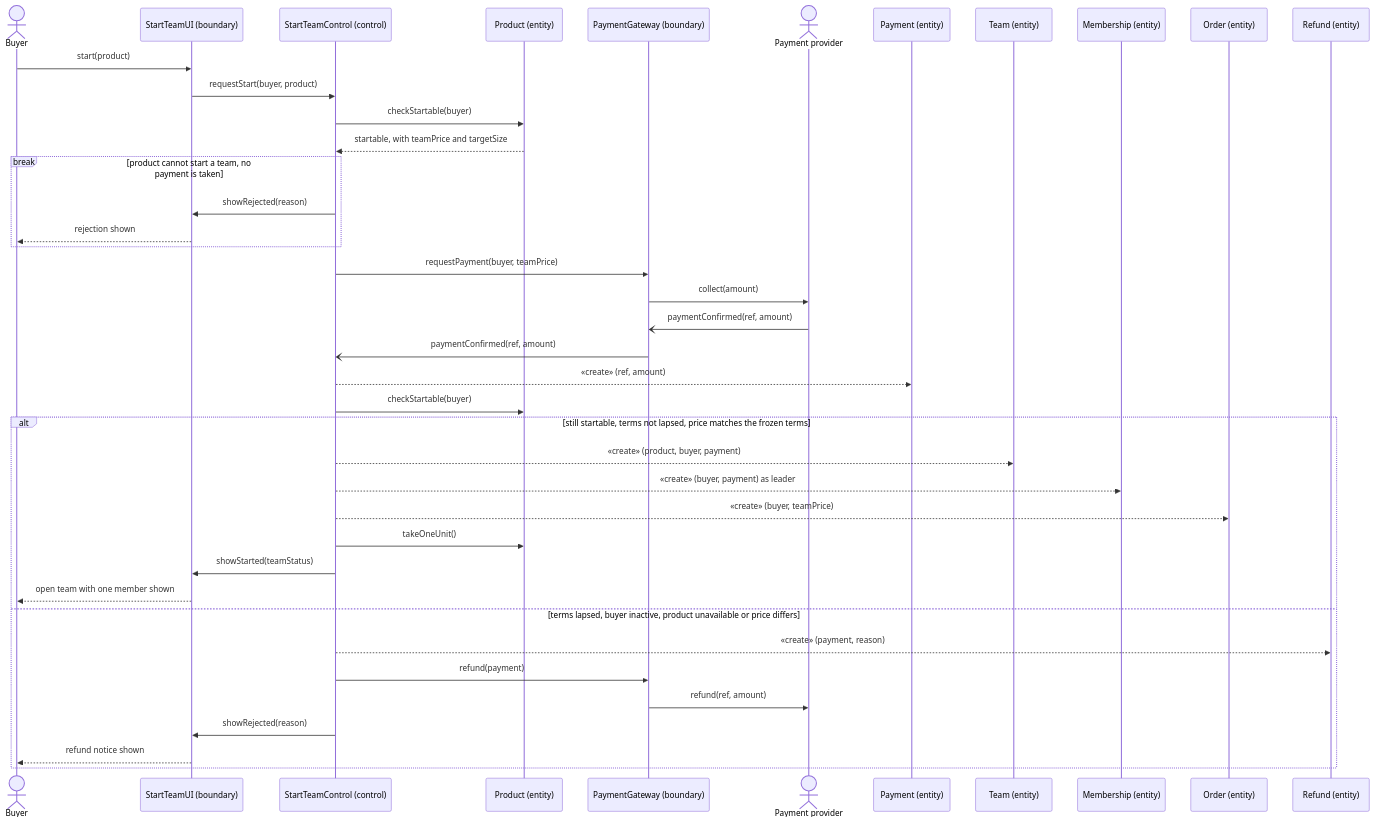
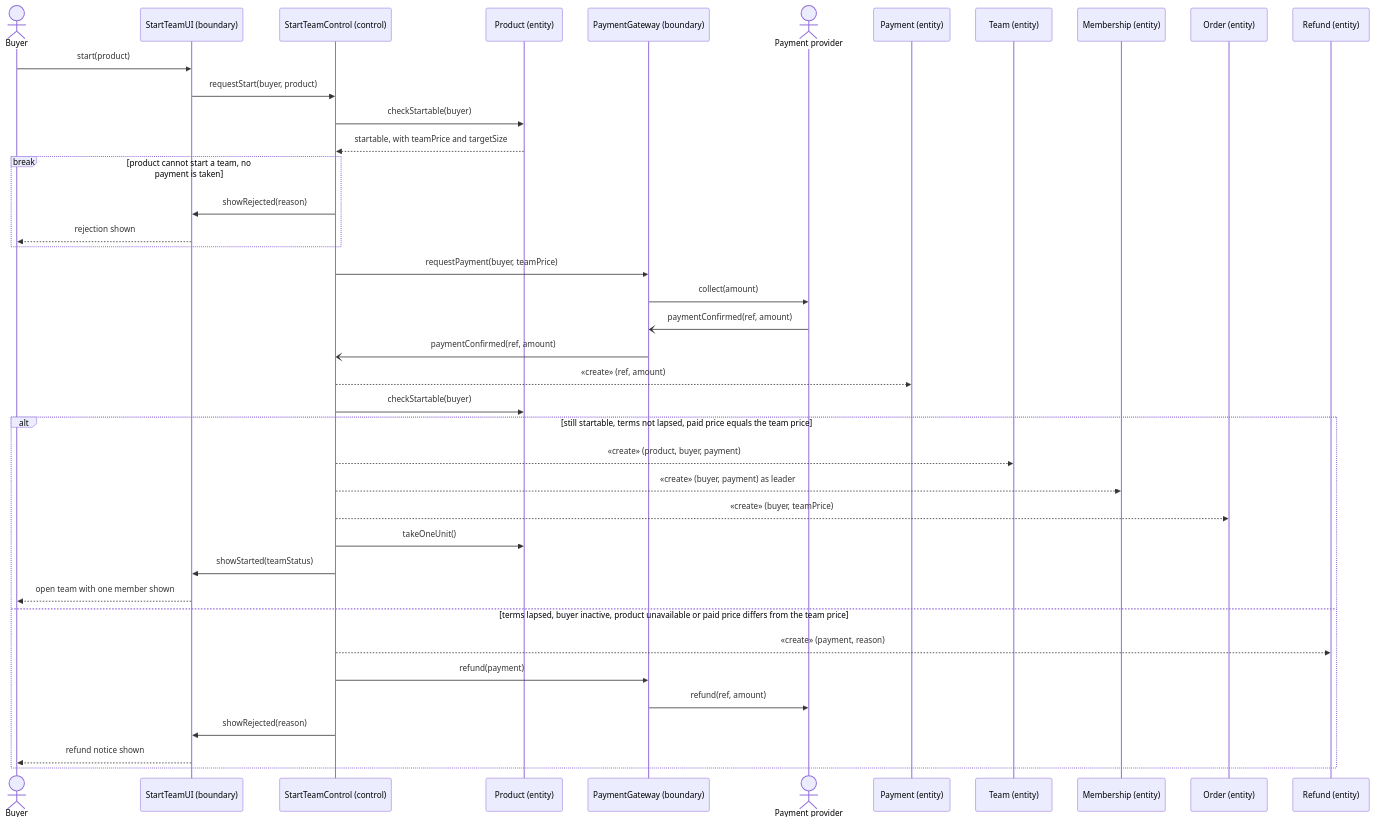
The second of 11 diagrams in docs/swe5006/report-drafts/eric-wang-contribution.md (PPsyrius/iss-groupbuy-team8), drawn with Mermaid before and after one commit. The commit also changed other lines of this file and 6 other files, not shown here.

````diff
--- a/docs/swe5006/report-drafts/eric-wang-contribution.md
+++ b/docs/swe5006/report-drafts/eric-wang-contribution.md
@@ -136,43 +136,43 @@
 ```mermaid
 sequenceDiagram
     actor Buyer
     participant UI as StartTeamUI (boundary)
     participant Ctl as StartTeamControl (control)
     participant Prod as Product (entity)
     participant PG as PaymentGateway (boundary)
     actor Provider as Payment provider
     participant Pay as Payment (entity)
     participant Team as Team (entity)
     participant Mem as Membership (entity)
     participant Ord as Order (entity)
     participant Ref as Refund (entity)
 
     Buyer->>UI: start(product)
     UI->>Ctl: requestStart(buyer, product)
     Ctl->>Prod: checkStartable(buyer)
     Prod-->>Ctl: startable, with teamPrice and targetSize
     break product cannot start a team, no payment is taken
         Ctl->>UI: showRejected(reason)
         UI-->>Buyer: rejection shown
     end
     Ctl->>PG: requestPayment(buyer, teamPrice)
     PG->>Provider: collect(amount)
     Provider-)PG: paymentConfirmed(ref, amount)
     PG-)Ctl: paymentConfirmed(ref, amount)
     Ctl-->>Pay: «create» (ref, amount)
     Ctl->>Prod: checkStartable(buyer)
-    alt still startable, terms not lapsed, price matches the frozen terms
+    alt still startable, terms not lapsed, paid price equals the team price
         Ctl-->>Team: «create» (product, buyer, payment)
         Ctl-->>Mem: «create» (buyer, payment) as leader
         Ctl-->>Ord: «create» (buyer, teamPrice)
         Ctl->>Prod: takeOneUnit()
         Ctl->>UI: showStarted(teamStatus)
         UI-->>Buyer: open team with one member shown
-    else terms lapsed, buyer inactive, product unavailable or price differs
+    else terms lapsed, buyer inactive, product unavailable or paid price differs from the team price
         Ctl-->>Ref: «create» (payment, reason)
         Ctl->>PG: refund(payment)
         PG->>Provider: refund(ref, amount)
         Ctl->>UI: showRejected(reason)
         UI-->>Buyer: refund notice shown
     end
 ```
````
